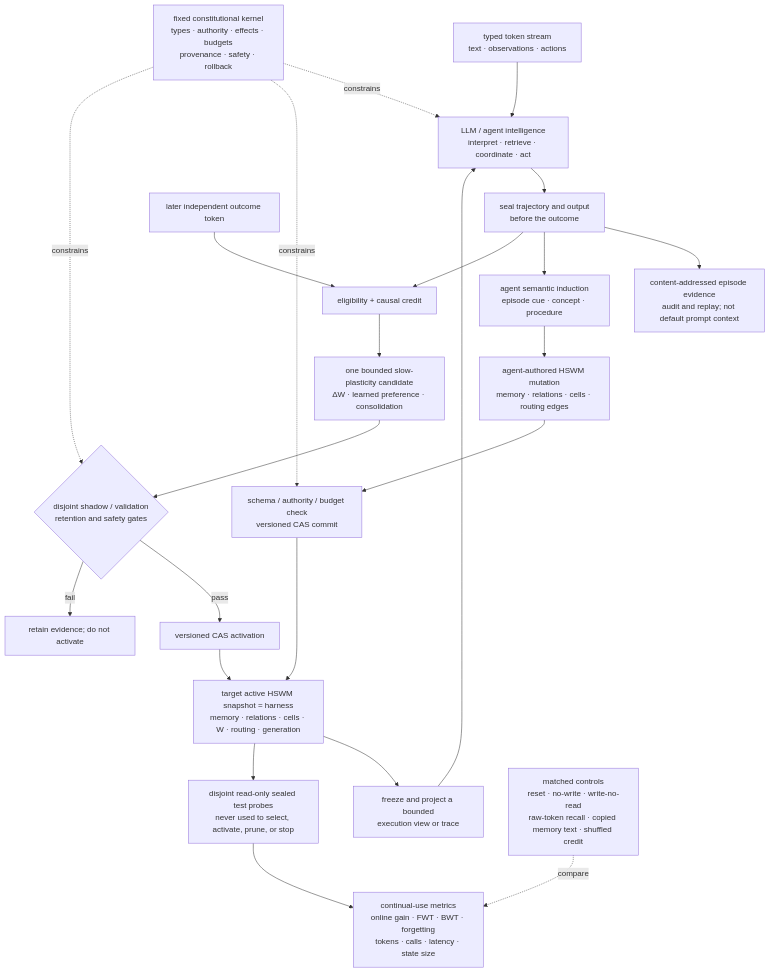
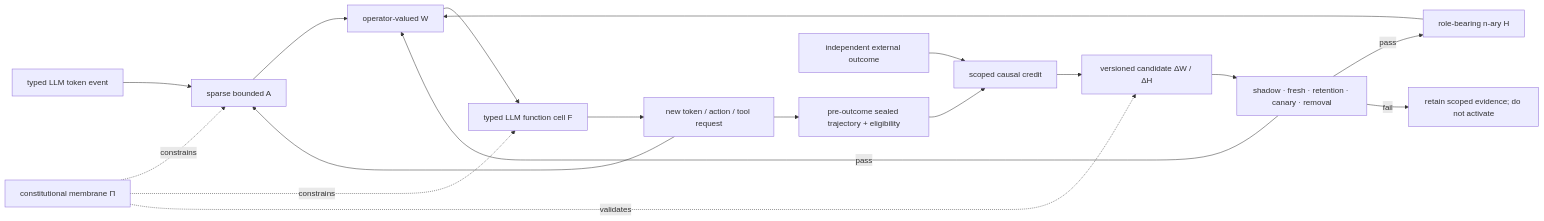
One commit to gj3447/HSWM changed the diagram in README.md. Above: the diagram before and after it, drawn with Mermaid. The commit also changed other lines of this file and 5 other files, not shown here.

Commit message:
docs: deepen HSWM semantic weight philosophy

````diff
--- a/README.md
+++ b/README.md
@@ -185,29 +296,20 @@
 ```mermaid
-flowchart TB
-  TOK["typed token stream<br/>text · observations · actions"] --> RUN
-  STATE["target active HSWM snapshot = harness<br/>memory · relations · cells · W · routing · generation"] --> PROJECT
-  PROJECT["freeze and project a bounded<br/>execution view or trace"] --> RUN["LLM / agent intelligence<br/>interpret · retrieve · coordinate · act"]
-  RUN --> SEALED["seal trajectory and output<br/>before the outcome"]
-
-  SEALED --> EVIDENCE["content-addressed episode evidence<br/>audit and replay; not default prompt context"]
-  SEALED --> INDUCE["agent semantic induction<br/>episode cue · concept · procedure"]
-  INDUCE --> SELFWRITE["agent-authored HSWM mutation<br/>memory · relations · cells · routing edges"]
-  SELFWRITE --> SELFCAS["schema / authority / budget check<br/>versioned CAS commit"]
-  SELFCAS --> STATE
-
-  OUTCOME["later independent outcome token"] --> CREDIT
-  SEALED --> CREDIT["eligibility + causal credit"]
-  CREDIT --> CAND["one bounded slow-plasticity candidate<br/>ΔW · learned preference · consolidation"]
-  CAND --> GATE{"disjoint shadow / validation<br/>retention and safety gates"}
-  GATE -->|pass| CAS["versioned CAS activation"]
-  GATE -->|fail| ARCHIVE["retain evidence; do not activate"]
-  CAS --> STATE
-
-  STATE --> PROBE["disjoint read-only sealed test probes<br/>never used to select, activate, prune, or stop"]
-  PROBE --> METRICS["continual-use metrics<br/>online gain · FWT · BWT · forgetting<br/>tokens · calls · latency · state size"]
-  CONTROLS["matched controls<br/>reset · no-write · write-no-read<br/>raw-token recall · copied memory text · shuffled credit"] -. compare .-> METRICS
-
-  KERNEL["fixed constitutional kernel<br/>types · authority · effects · budgets<br/>provenance · safety · rollback"] -. constrains .-> RUN
-  KERNEL -. constrains .-> SELFCAS
-  KERNEL -. constrains .-> GATE
+flowchart LR
+  TOK["typed LLM token event"] --> A["sparse bounded A"]
+  H["role-bearing n-ary H"] --> W["operator-valued W"]
+  A --> W
+  W --> F["typed LLM function cell F"]
+  PI["constitutional membrane Π"] -. constrains .-> A
+  PI -. constrains .-> F
+  F --> NEXT["new token / action / tool request"]
+  NEXT --> A
+  NEXT --> SEAL["pre-outcome sealed trajectory + eligibility"]
+  OUT["independent external outcome"] --> CREDIT["scoped causal credit"]
+  SEAL --> CREDIT
+  CREDIT --> CAND["versioned candidate ΔW / ΔH"]
+  PI -. validates .-> CAND
+  CAND --> TEST["shadow · fresh · retention · canary · removal"]
+  TEST -->|pass| H
+  TEST -->|pass| W
+  TEST -->|fail| ARCHIVE["retain scoped evidence; do not activate"]
 ```
````
